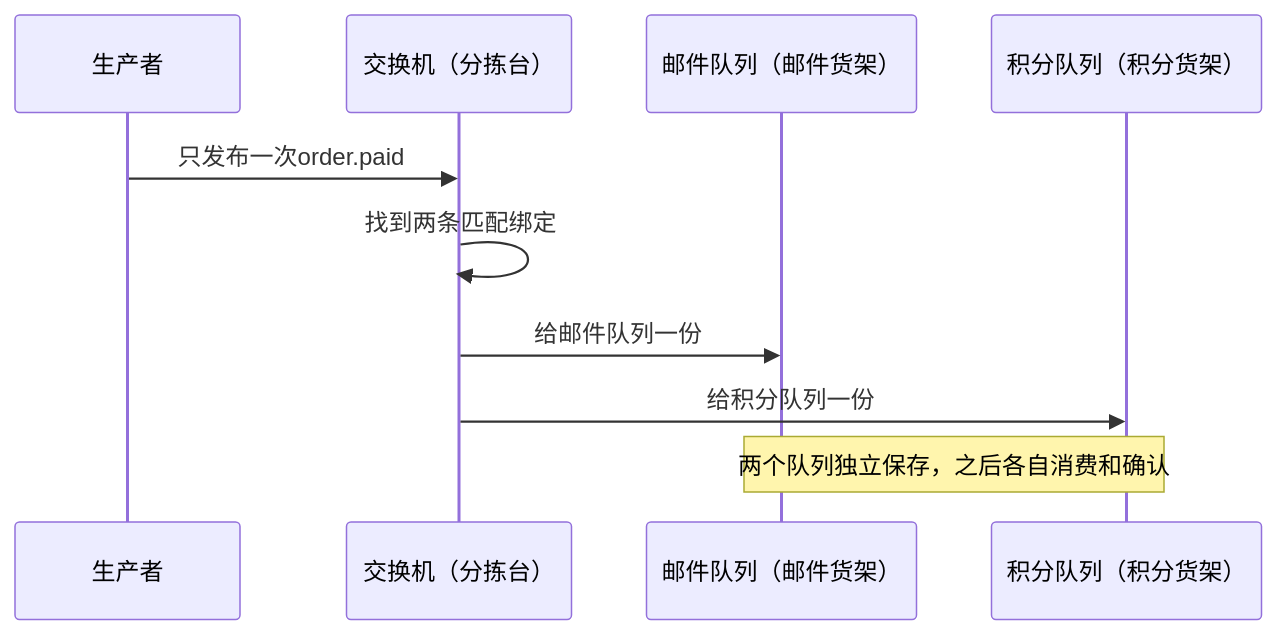
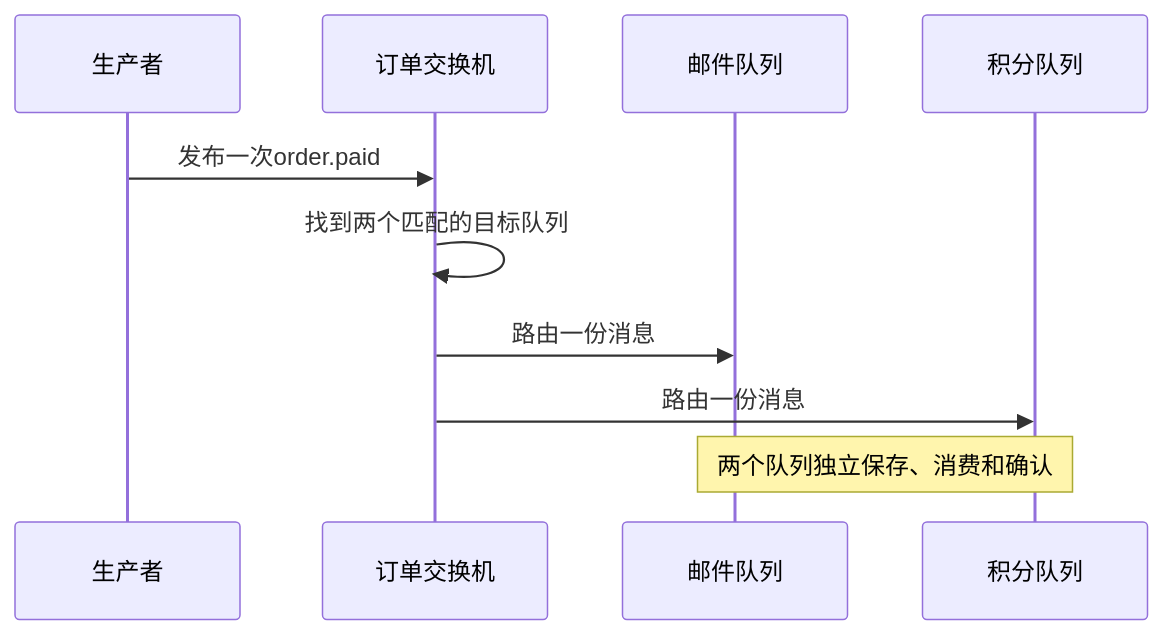
One commit to tianshiyang/ai-lab changed the seventh of 13 diagrams in rabbitMQ学习/README.md. Above: the diagram before and after it, drawn with Mermaid. The commit also changed other lines of this file and 2 other files, not shown here.

````diff
--- a/rabbitMQ学习/README.md
+++ b/rabbitMQ学习/README.md
@@ -597,12 +608,12 @@
 ```mermaid
 sequenceDiagram
     participant P as 生产者
-    participant E as 交换机（分拣台）
-    participant M as 邮件队列（邮件货架）
-    participant S as 积分队列（积分货架）
-    P->>E: 只发布一次order.paid
-    E->>E: 找到两条匹配绑定
-    E->>M: 给邮件队列一份
-    E->>S: 给积分队列一份
-    Note over M,S: 两个队列独立保存，之后各自消费和确认
+    participant E as 订单交换机
+    participant M as 邮件队列
+    participant S as 积分队列
+    P->>E: 发布一次order.paid
+    E->>E: 找到两个匹配的目标队列
+    E->>M: 路由一份消息
+    E->>S: 路由一份消息
+    Note over M,S: 两个队列独立保存、消费和确认
 ```
````
